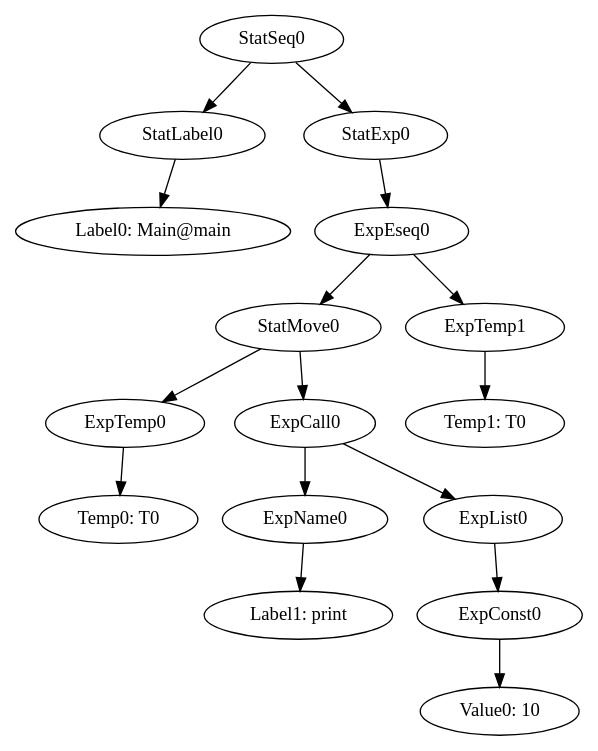
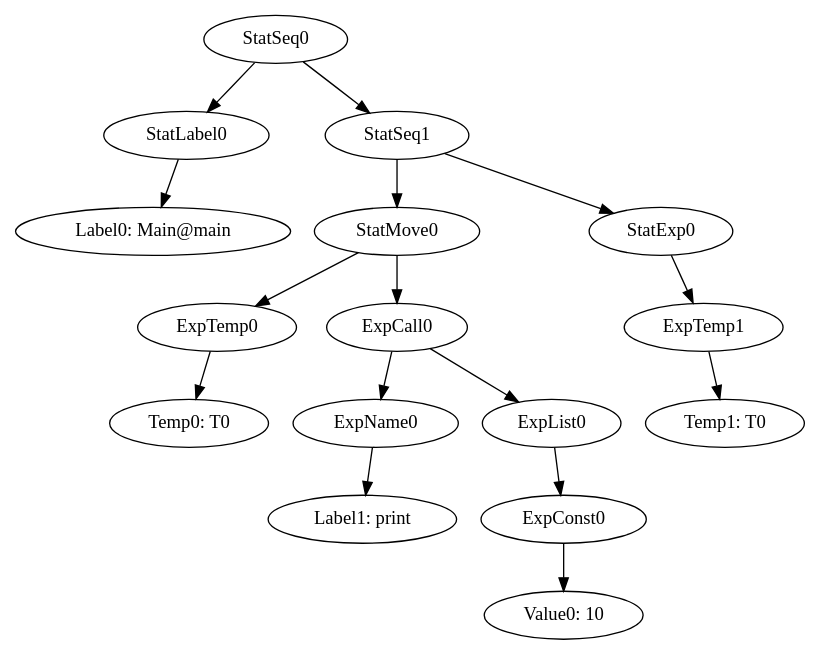
Before and after one commit to team-compilers/compilers: the diagram in MiniJava/results/SamplesCorrect/EmptyIfBody/irtCanon2_Main@main.gv, drawn with Graphviz. The commit also changed 304 other files, not shown here.

```diff
--- a/MiniJava/results/SamplesCorrect/EmptyIfBody/irtCanon2_Main@main.gv
+++ b/MiniJava/results/SamplesCorrect/EmptyIfBody/irtCanon2_Main@main.gv
@@ -1,18 +1,18 @@
 digraph {
 	ordering = out;
 	StatMove0 -> ExpTemp0;
 	StatMove0 -> ExpCall0;
-	StatExp0 -> ExpEseq0;
+	StatExp0 -> ExpTemp1;
 	ExpTemp0 -> "Temp0: T0";
 	StatSeq0 -> StatLabel0;
-	StatSeq0 -> StatExp0;
+	StatSeq0 -> StatSeq1;
 	StatLabel0 -> "Label0: Main@main";
 	ExpConst0 -> "Value0: 10";
 	ExpName0 -> "Label1: print";
+	ExpList0 -> ExpConst0;
 	ExpCall0 -> ExpName0;
 	ExpCall0 -> ExpList0;
-	ExpList0 -> ExpConst0;
-	ExpEseq0 -> StatMove0;
-	ExpEseq0 -> ExpTemp1;
+	StatSeq1 -> StatMove0;
+	StatSeq1 -> StatExp0;
 	ExpTemp1 -> "Temp1: T0";
 }
```
